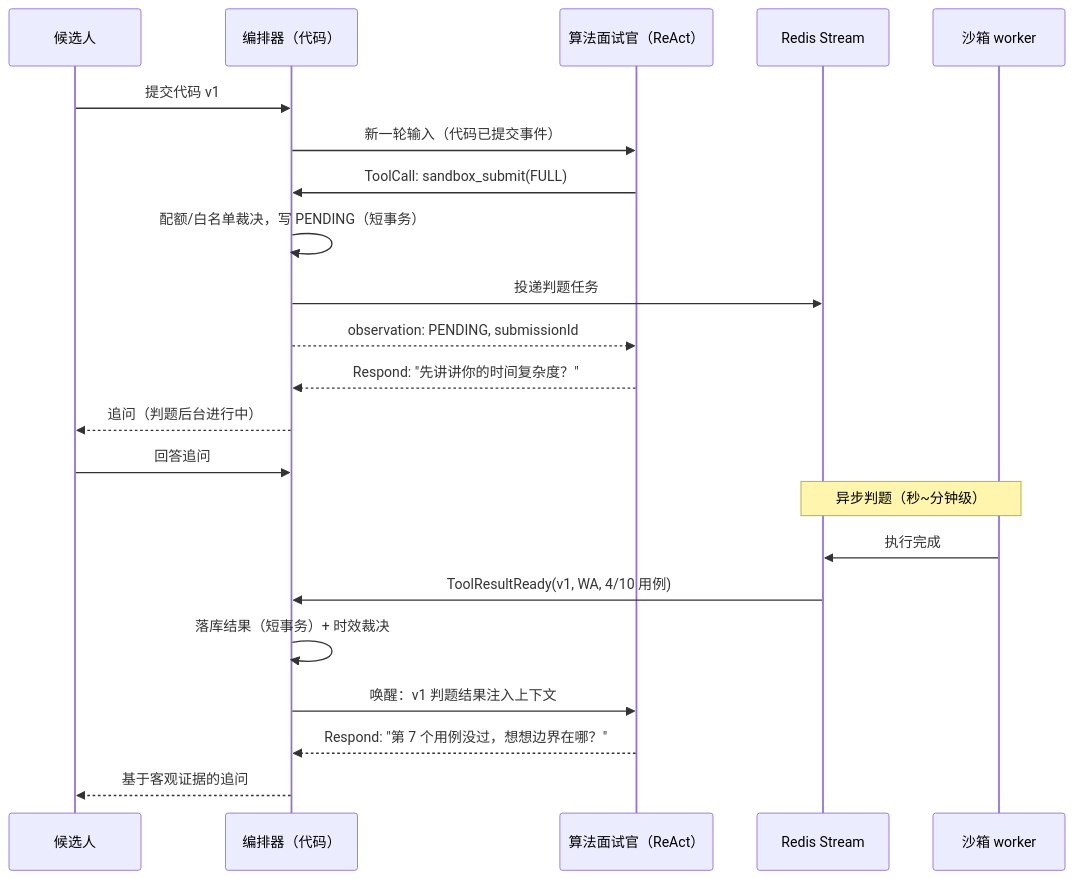
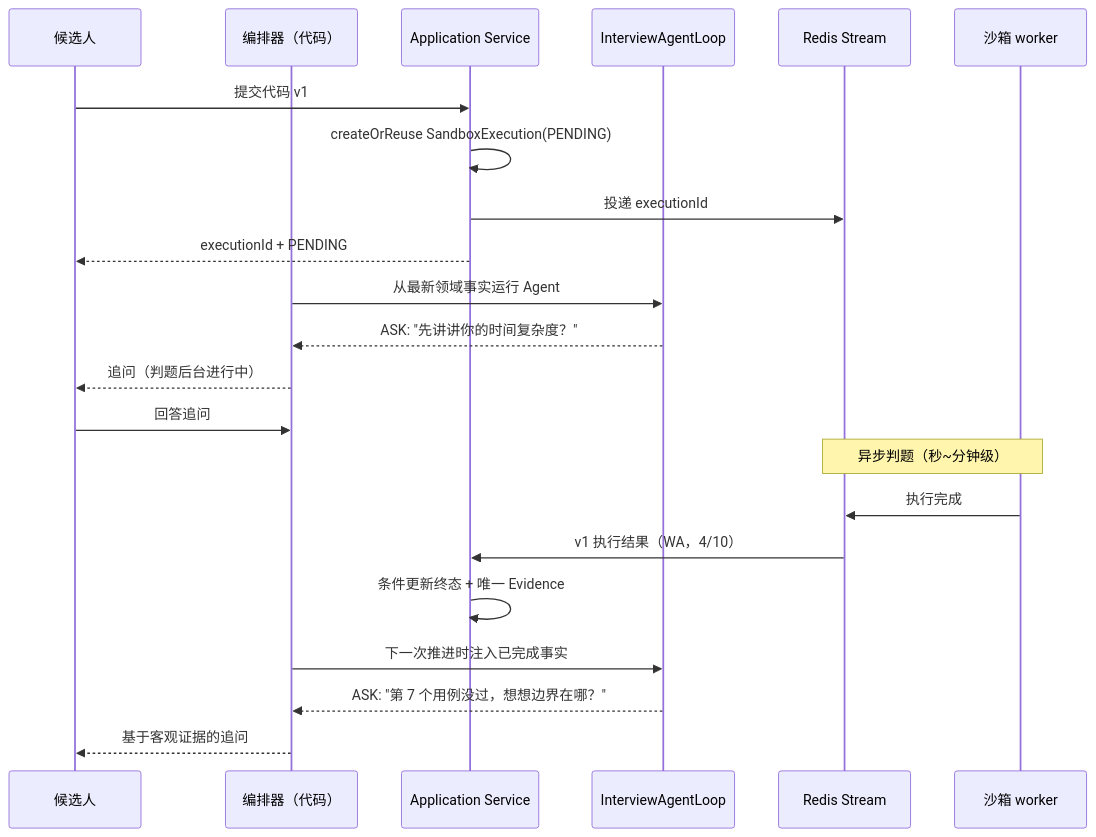
The diagram in docs/design_spec/11-algorithm-interview.md (Belfast-byte/interview-guide-agent), drawn with Mermaid before and after one commit. The commit also changed other lines of this file and 20 other files, not shown here.

````diff
--- a/docs/design_spec/11-algorithm-interview.md
+++ b/docs/design_spec/11-algorithm-interview.md
@@ -79,25 +75,25 @@
 ```mermaid
 sequenceDiagram
     participant U as 候选人
     participant O as 编排器（代码）
-    participant I as 算法面试官（ReAct）
+    participant A as Application Service
+    participant I as InterviewAgentLoop
     participant S as Redis Stream
     participant W as 沙箱 worker
 
-    U->>O: 提交代码 v1
-    O->>I: 新一轮输入（代码已提交事件）
-    I->>O: ToolCall: sandbox_submit(FULL)
-    O->>O: 配额/白名单裁决，写 PENDING（短事务）
-    O->>S: 投递判题任务
-    O-->>I: observation: PENDING, submissionId
-    I-->>O: Respond: "先讲讲你的时间复杂度？"
+    U->>A: 提交代码 v1
+    A->>A: createOrReuse SandboxExecution(PENDING)
+    A->>S: 投递 executionId
+    A-->>U: executionId + PENDING
+    O->>I: 从最新领域事实运行 Agent
+    I-->>O: ASK: "先讲讲你的时间复杂度？"
     O-->>U: 追问（判题后台进行中）
     U->>O: 回答追问
     Note over S,W: 异步判题（秒~分钟级）
     W->>S: 执行完成
-    S->>O: ToolResultReady(v1, WA, 4/10 用例)
-    O->>O: 落库结果（短事务）+ 时效裁决
-    O->>I: 唤醒：v1 判题结果注入上下文
-    I-->>O: Respond: "第 7 个用例没过，想想边界在哪？"
+    S->>A: v1 执行结果（WA，4/10）
+    A->>A: 条件更新终态 + 唯一 Evidence
+    O->>I: 下一次推进时注入已完成事实
+    I-->>O: ASK: "第 7 个用例没过，想想边界在哪？"
     O-->>U: 基于客观证据的追问
 ```
````
